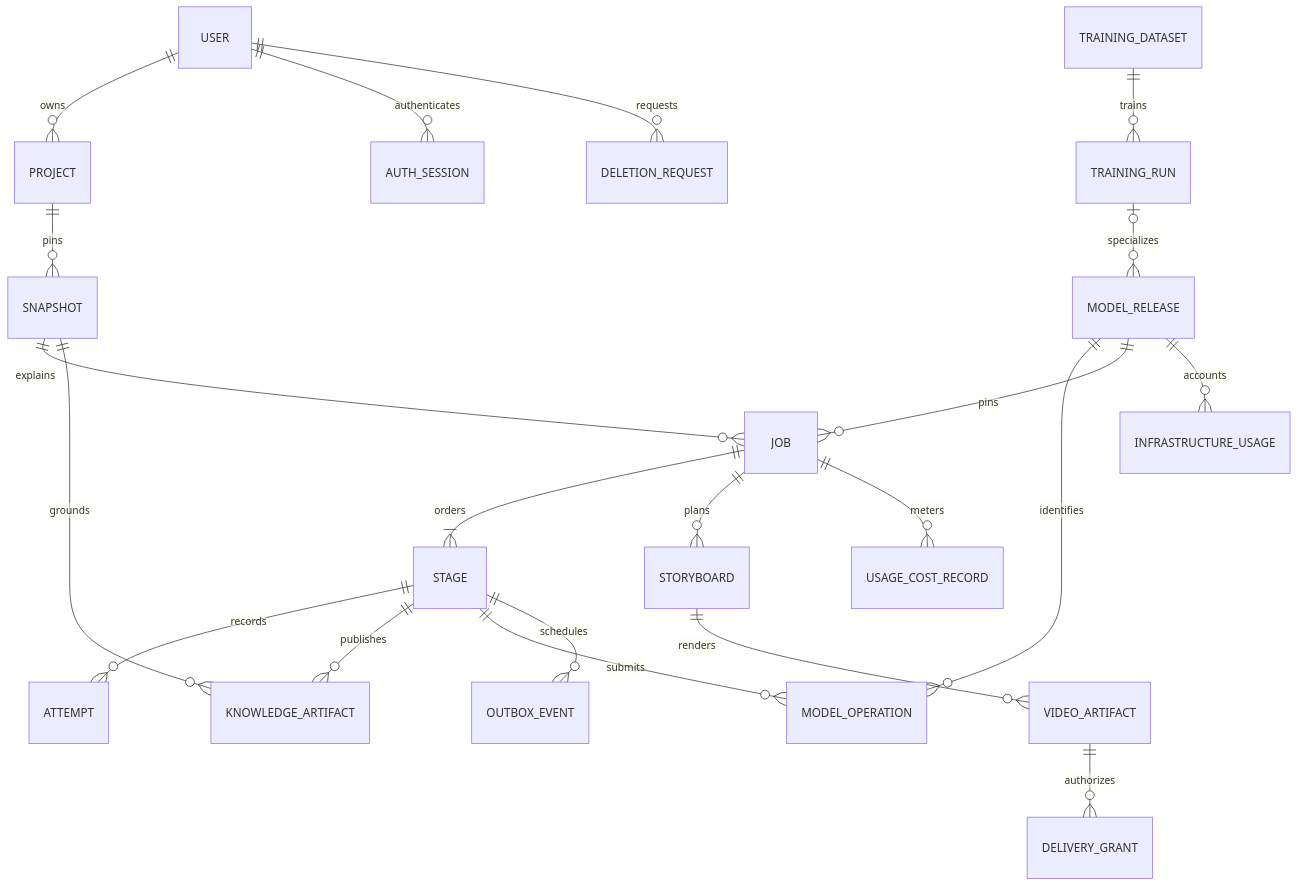
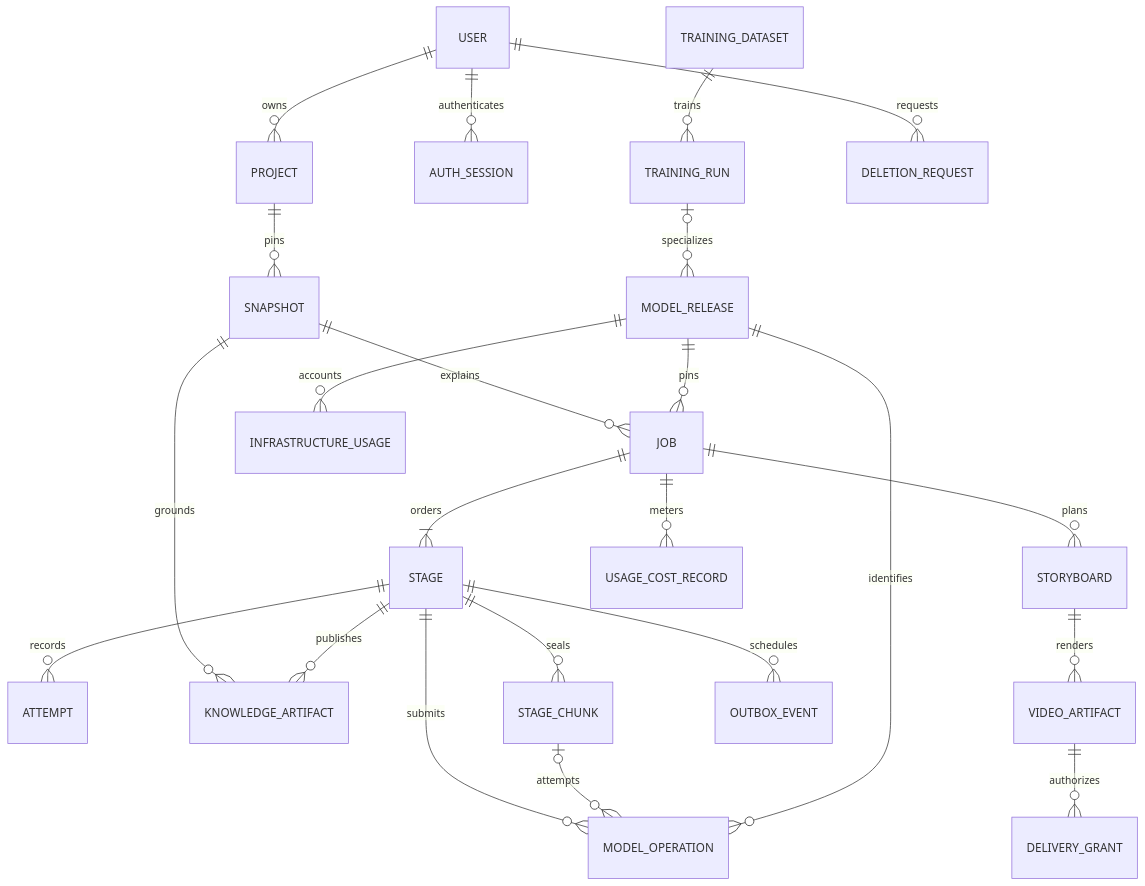
One commit to Stevemeg/RepoVox changed the first of 2 diagrams in docs/architecture/data-model.md. Above: the diagram before and after it, drawn with Mermaid. The commit also changed other lines of this file and 22 other files, not shown here.

````diff
--- a/docs/architecture/data-model.md
+++ b/docs/architecture/data-model.md
@@ -32,23 +33,25 @@
 ```mermaid
 erDiagram
   USER ||--o{ PROJECT : owns
   USER ||--o{ AUTH_SESSION : authenticates
   PROJECT ||--o{ SNAPSHOT : pins
   SNAPSHOT ||--o{ JOB : explains
   JOB ||--|{ STAGE : orders
   STAGE ||--o{ ATTEMPT : records
   SNAPSHOT ||--o{ KNOWLEDGE_ARTIFACT : grounds
   STAGE ||--o{ KNOWLEDGE_ARTIFACT : publishes
   JOB ||--o{ STORYBOARD : plans
   STORYBOARD ||--o{ VIDEO_ARTIFACT : renders
   VIDEO_ARTIFACT ||--o{ DELIVERY_GRANT : authorizes
   JOB ||--o{ USAGE_COST_RECORD : meters
   STAGE ||--o{ MODEL_OPERATION : submits
+  STAGE ||--o{ STAGE_CHUNK : seals
+  STAGE_CHUNK o|--o{ MODEL_OPERATION : attempts
   MODEL_RELEASE ||--o{ MODEL_OPERATION : identifies
   MODEL_RELEASE ||--o{ JOB : pins
   MODEL_RELEASE ||--o{ INFRASTRUCTURE_USAGE : accounts
   TRAINING_DATASET ||--o{ TRAINING_RUN : trains
   TRAINING_RUN o|--o{ MODEL_RELEASE : specializes
   STAGE ||--o{ OUTBOX_EVENT : schedules
   USER ||--o{ DELETION_REQUEST : requests
 ```
````
